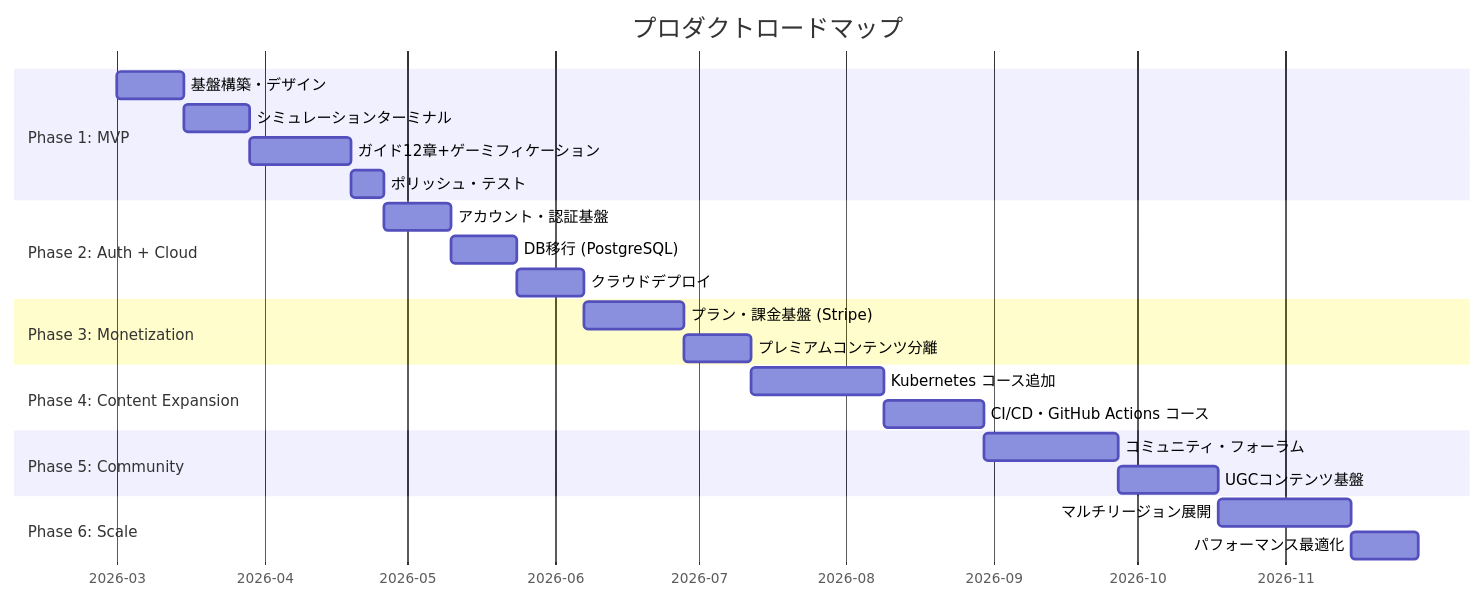
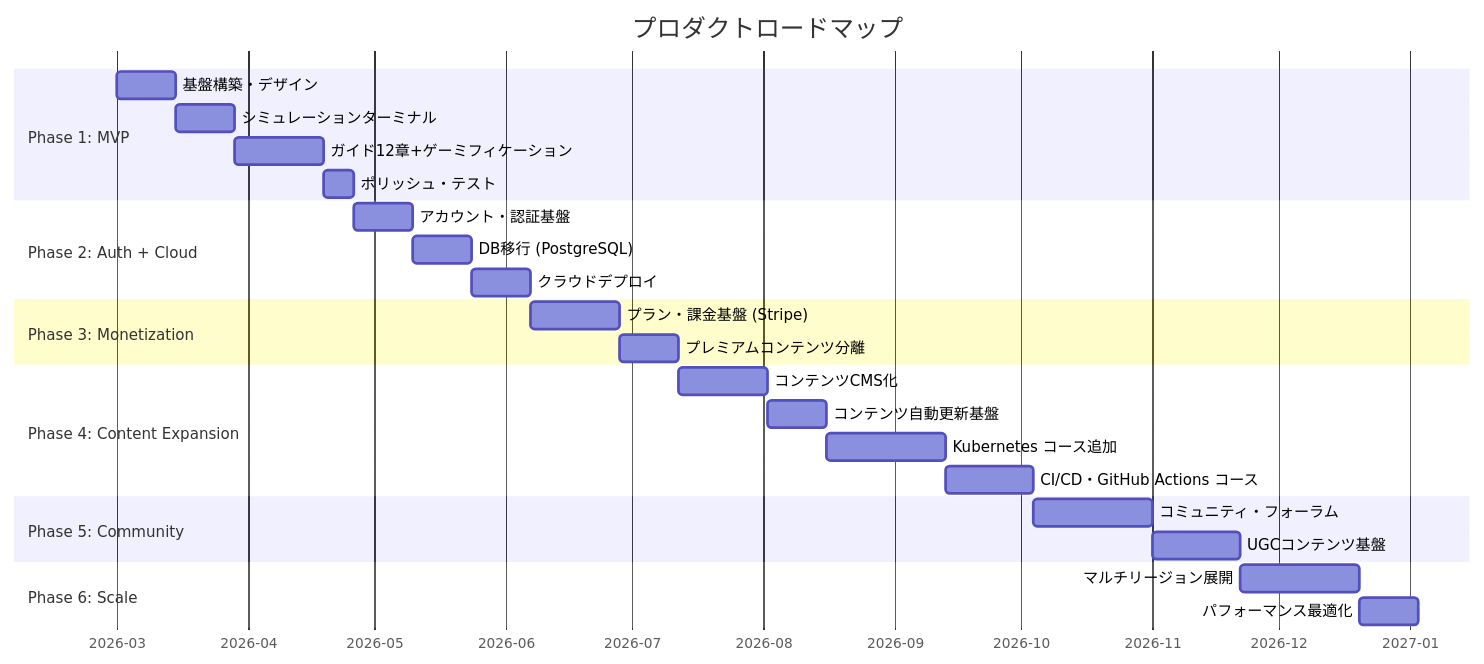
Before and after one commit to marerum/Docker_Leaning_app: the first of 6 diagrams in docs/roadmap.md, drawn with Mermaid. The commit also changed other lines of this file, not shown here.

Commit message:
roadmap.md更新_コンテンツの自動アップデート構想

````diff
--- a/docs/roadmap.md
+++ b/docs/roadmap.md
@@ -5,33 +5,35 @@
 ```mermaid
 gantt
     title プロダクトロードマップ
     dateFormat YYYY-MM
     axisFormat %Y-%m
 
     section Phase 1: MVP
     基盤構築・デザイン           :p1a, 2026-03, 2w
     シミュレーションターミナル    :p1b, after p1a, 2w
     ガイド12章+ゲーミフィケーション :p1c, after p1b, 3w
     ポリッシュ・テスト           :p1d, after p1c, 1w
 
     section Phase 2: Auth + Cloud
     アカウント・認証基盤         :p2a, after p1d, 2w
     DB移行 (PostgreSQL)        :p2b, after p2a, 2w
     クラウドデプロイ             :p2c, after p2b, 2w
 
     section Phase 3: Monetization
     プラン・課金基盤 (Stripe)    :p3a, after p2c, 3w
     プレミアムコンテンツ分離      :p3b, after p3a, 2w
 
     section Phase 4: Content Expansion
-    Kubernetes コース追加        :p4a, after p3b, 4w
-    CI/CD・GitHub Actions コース :p4b, after p4a, 3w
+    コンテンツCMS化             :p4a, after p3b, 3w
+    コンテンツ自動更新基盤       :p4b, after p4a, 2w
+    Kubernetes コース追加        :p4c, after p4b, 4w
+    CI/CD・GitHub Actions コース :p4d, after p4c, 3w
 
     section Phase 5: Community
-    コミュニティ・フォーラム      :p5a, after p4b, 4w
+    コミュニティ・フォーラム      :p5a, after p4d, 4w
     UGCコンテンツ基盤           :p5b, after p5a, 3w
 
     section Phase 6: Scale
     マルチリージョン展開          :p6a, after p5b, 4w
     パフォーマンス最適化          :p6b, after p6a, 2w
 ```
````
